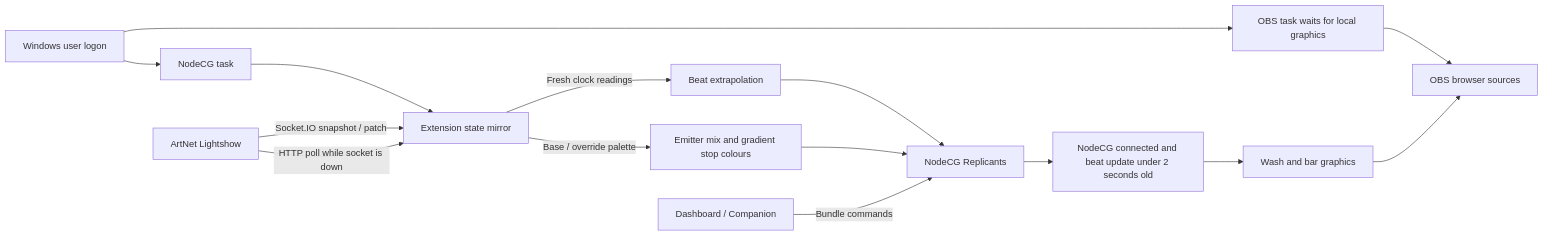
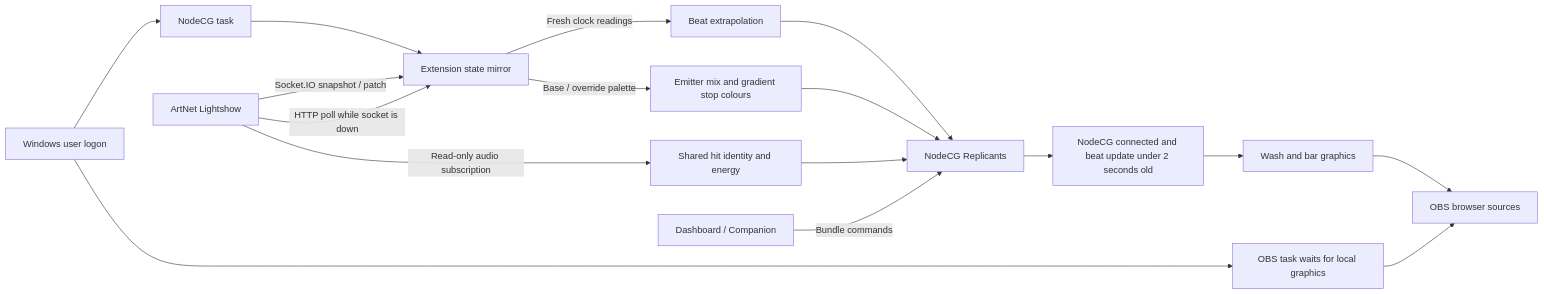
One commit to tyclab/party-visuals changed the diagram in README.md. Above: the diagram before and after it, drawn with Mermaid. The commit also changed other lines of this file and 18 other files, not shown here.

First line of the commit message:
feat: follow the lightshow's shared audio hits and energy

````diff
--- a/README.md
+++ b/README.md
@@ -263,17 +272,19 @@
 ```mermaid
 flowchart LR
   Logon[Windows user logon] --> NodeTask[NodeCG task]
   NodeTask --> Mirror
   Logon --> OBSLauncher[OBS task waits for local graphics]
   OBSLauncher --> OBS
   Lightshow[ArtNet Lightshow] -->|Socket.IO snapshot / patch| Mirror[Extension state mirror]
   Lightshow -->|HTTP poll while socket is down| Mirror
+  Lightshow -->|Read-only audio subscription| Audio[Shared hit identity and energy]
+  Audio --> Replicants
   Mirror -->|Fresh clock readings| Clock[Beat extrapolation]
   Mirror -->|Base / override palette| Colours[Emitter mix and gradient stop colours]
   Clock --> Replicants[NodeCG Replicants]
   Colours --> Replicants
   Replicants --> Fresh[NodeCG connected and beat update under 2 seconds old]
   Fresh --> Graphics[Wash and bar graphics]
   Graphics --> OBS[OBS browser sources]
   Controls[Dashboard / Companion] -->|Bundle commands| Replicants
 ```
````
